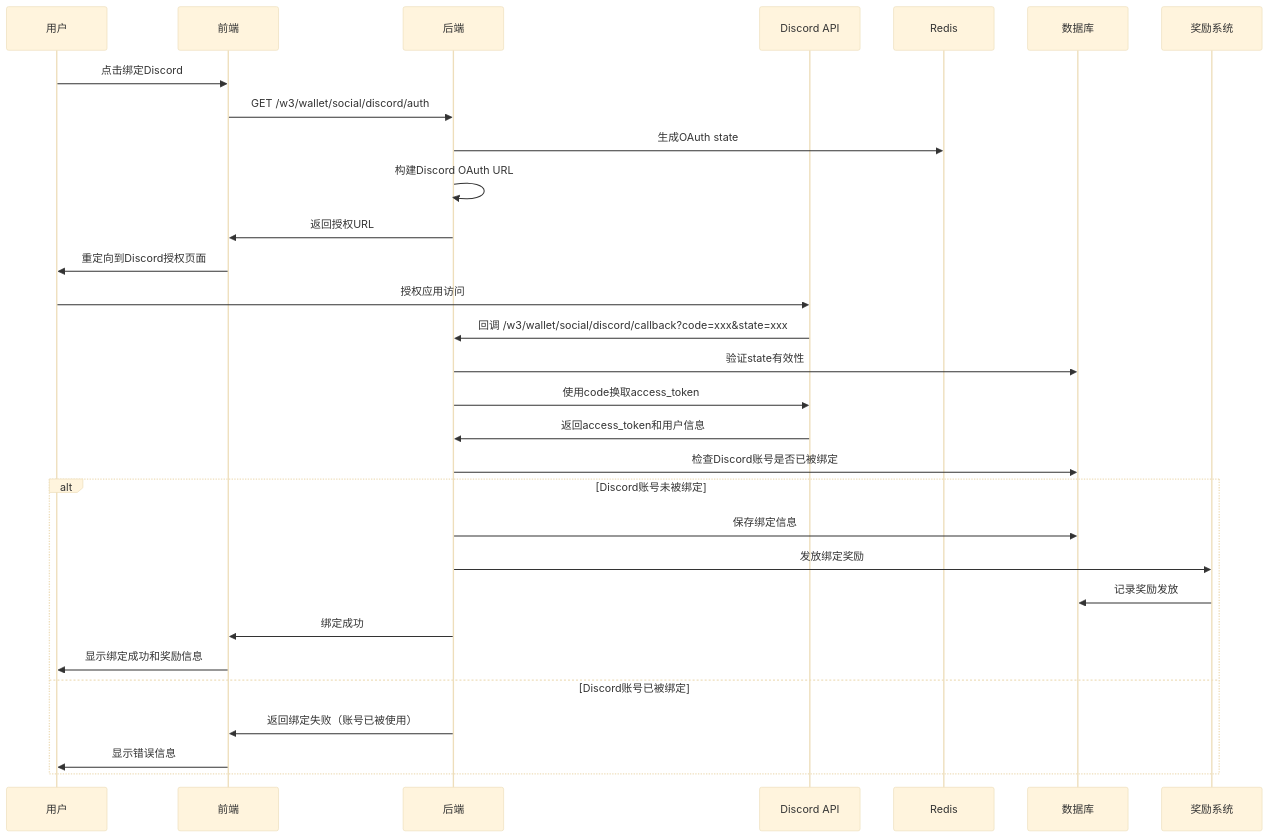
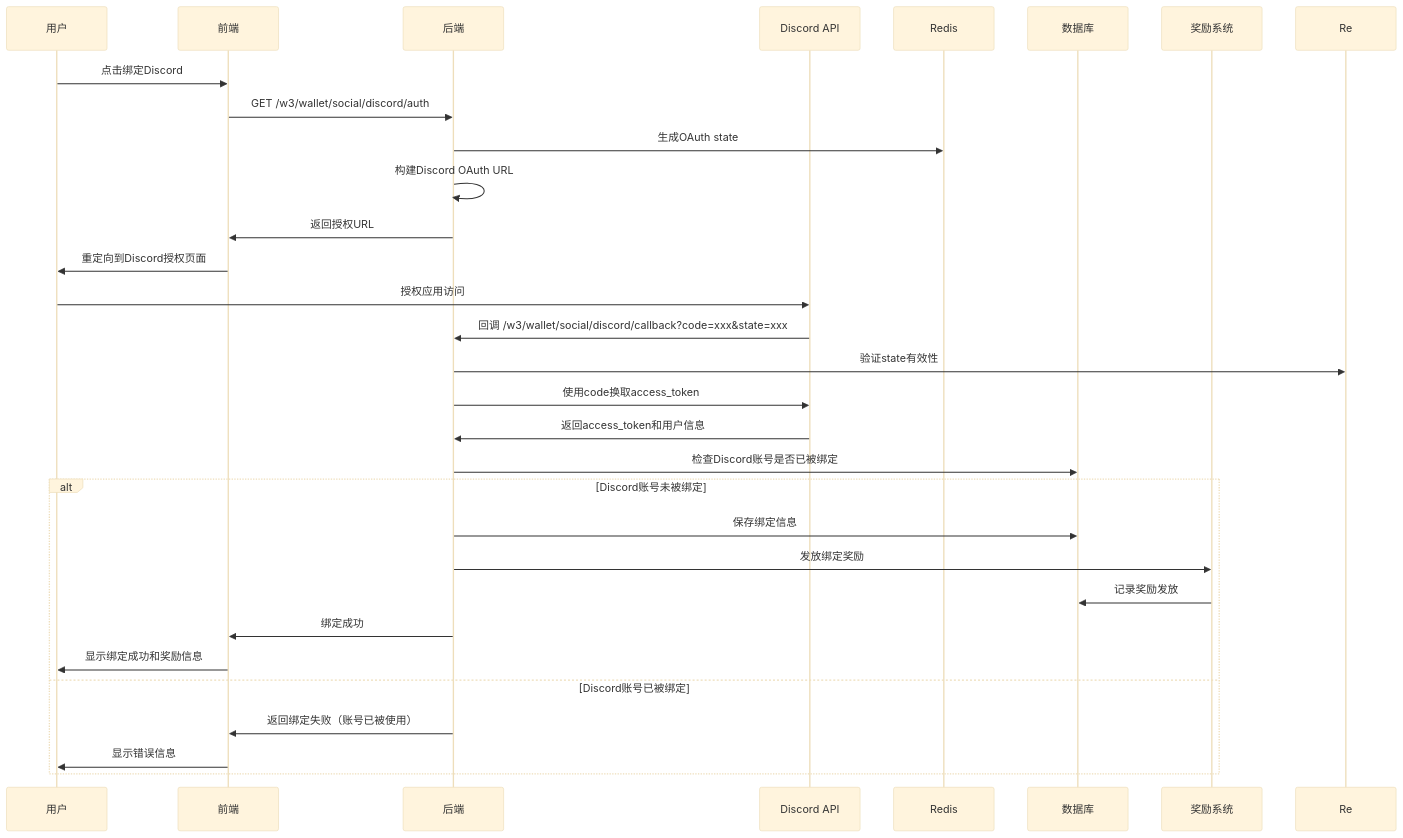
The diagram in all/未命名-71.md (yingjianzh/iodraw-files), drawn with Mermaid (base theme) before and after one commit.

Commit message:
2025-07-03 14:57:48 update

````diff
--- a/all/未命名-71.md
+++ b/all/未命名-71.md
@@ -1,35 +1,35 @@
 ```mermaid
 sequenceDiagram
     participant User as 用户
     participant Frontend as 前端
     participant Backend as 后端
     participant Discord as Discord API
     participant Redis as Redis
     participant DB as 数据库
     participant Reward as 奖励系统
 
     User->>Frontend: 点击绑定Discord
     Frontend->>Backend: GET /w3/wallet/social/discord/auth
     Backend->>Redis: 生成OAuth state
     Backend->>Backend: 构建Discord OAuth URL
     Backend->>Frontend: 返回授权URL
     Frontend->>User: 重定向到Discord授权页面
     
     User->>Discord: 授权应用访问
     Discord->>Backend: 回调 /w3/wallet/social/discord/callback?code=xxx&state=xxx
-    Backend->>DB: 验证state有效性
+    Backend->>Re: 验证state有效性
     Backend->>Discord: 使用code换取access_token
     Discord->>Backend: 返回access_token和用户信息
     Backend->>DB: 检查Discord账号是否已被绑定
     
     alt Discord账号未被绑定
         Backend->>DB: 保存绑定信息
         Backend->>Reward: 发放绑定奖励
         Reward->>DB: 记录奖励发放
         Backend->>Frontend: 绑定成功
         Frontend->>User: 显示绑定成功和奖励信息
     else Discord账号已被绑定
         Backend->>Frontend: 返回绑定失败（账号已被使用）
         Frontend->>User: 显示错误信息
     end
 ```
````
